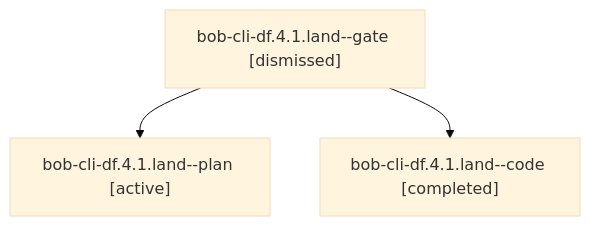
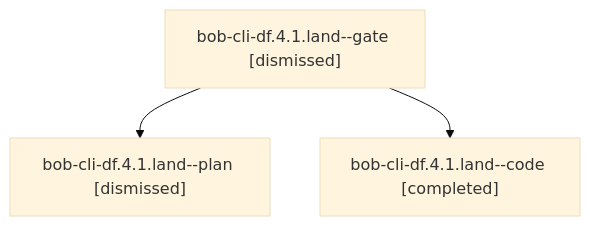
The diagram in sessions/bbugyi200.athena.bob-cli-df.4.1.land.md (bobs-org/bob-cli--agents), drawn with Mermaid (base theme) before and after one commit. The commit also changed other lines of this file and 155 other files, not shown here.

````diff
--- a/sessions/bbugyi200.athena.bob-cli-df.4.1.land.md
+++ b/sessions/bbugyi200.athena.bob-cli-df.4.1.land.md
@@ -9,8 +9,8 @@
 ```mermaid
 flowchart TD
   n0["bob-cli-df.4.1.land--gate [dismissed]"]
-  n1["bob-cli-df.4.1.land--plan [active]"]
+  n1["bob-cli-df.4.1.land--plan [dismissed]"]
   n0 --> n1
   n2["bob-cli-df.4.1.land--code [completed]"]
   n0 --> n2
 ```
````
